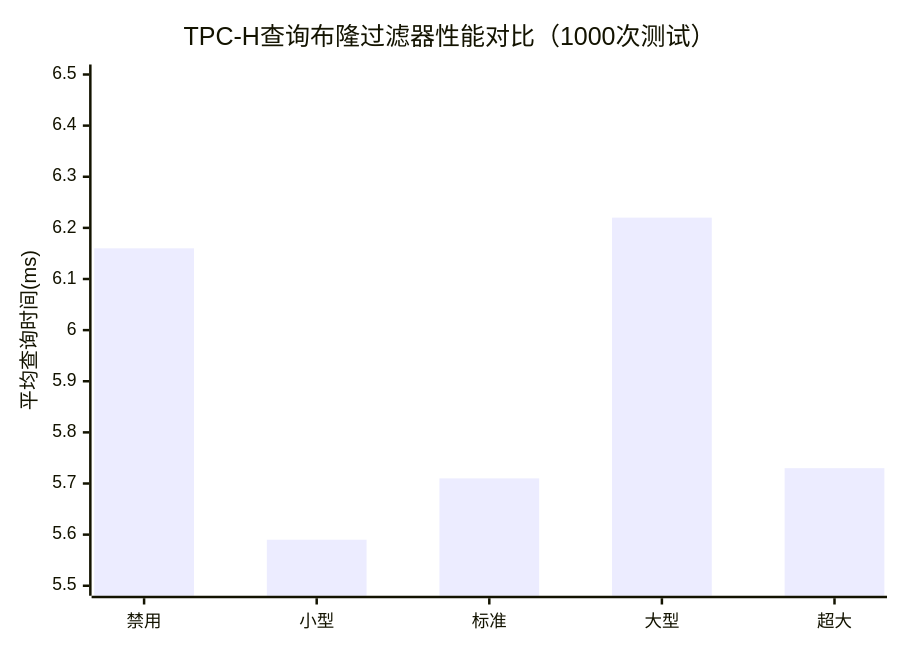
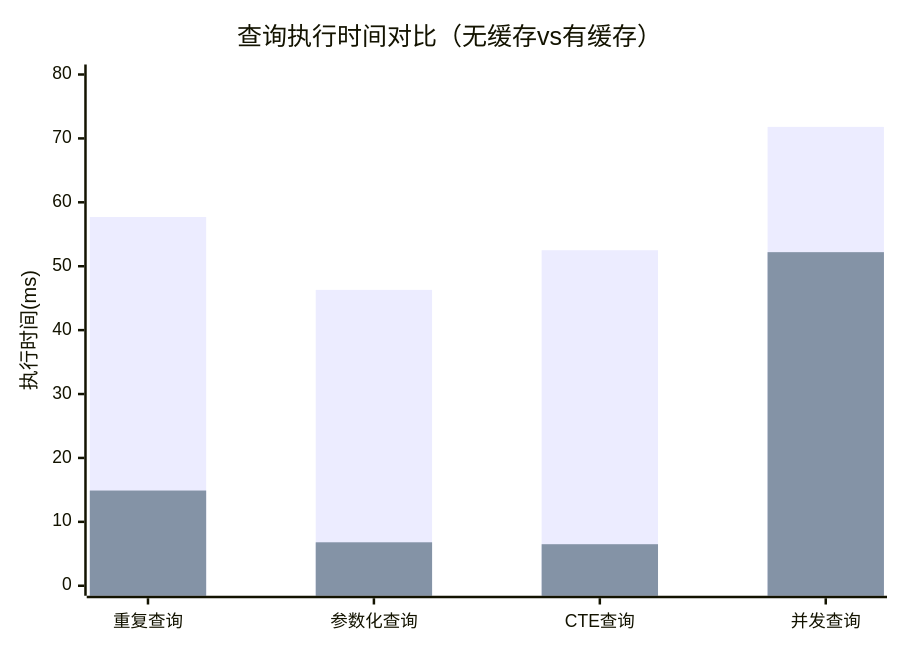
Before and after one commit to crazypenguincode/duckdb: the third of 5 diagrams in md/_integrated_build_md/完整论文.md, drawn with Mermaid. The commit also changed other lines of this file and 144 other files, not shown here.

Commit message:
调整图片

````diff
--- a/md/_integrated_build_md/完整论文.md
+++ b/md/_integrated_build_md/完整论文.md
@@ -1026,7 +1113,8 @@
 ```mermaid
 xychart-beta
-    title "TPC-H查询布隆过滤器性能对比（1000次测试）"
-    x-axis ["禁用", "小型", "标准", "大型", "超大"]
-    y-axis "平均查询时间(ms)" 5.5 --> 6.5
-    bar [6.16, 5.59, 5.71, 6.22, 5.73]
+    title "查询执行时间对比（无缓存vs有缓存）"
+    x-axis ["重复查询", "参数化查询", "CTE查询", "并发查询"]
+    y-axis "执行时间(ms)" 0 --> 80
+    bar "无缓存" [57.7, 46.3, 52.5, 71.8]
+    bar "有缓存" [14.9, 6.8, 6.5, 52.2]
 ```
````
